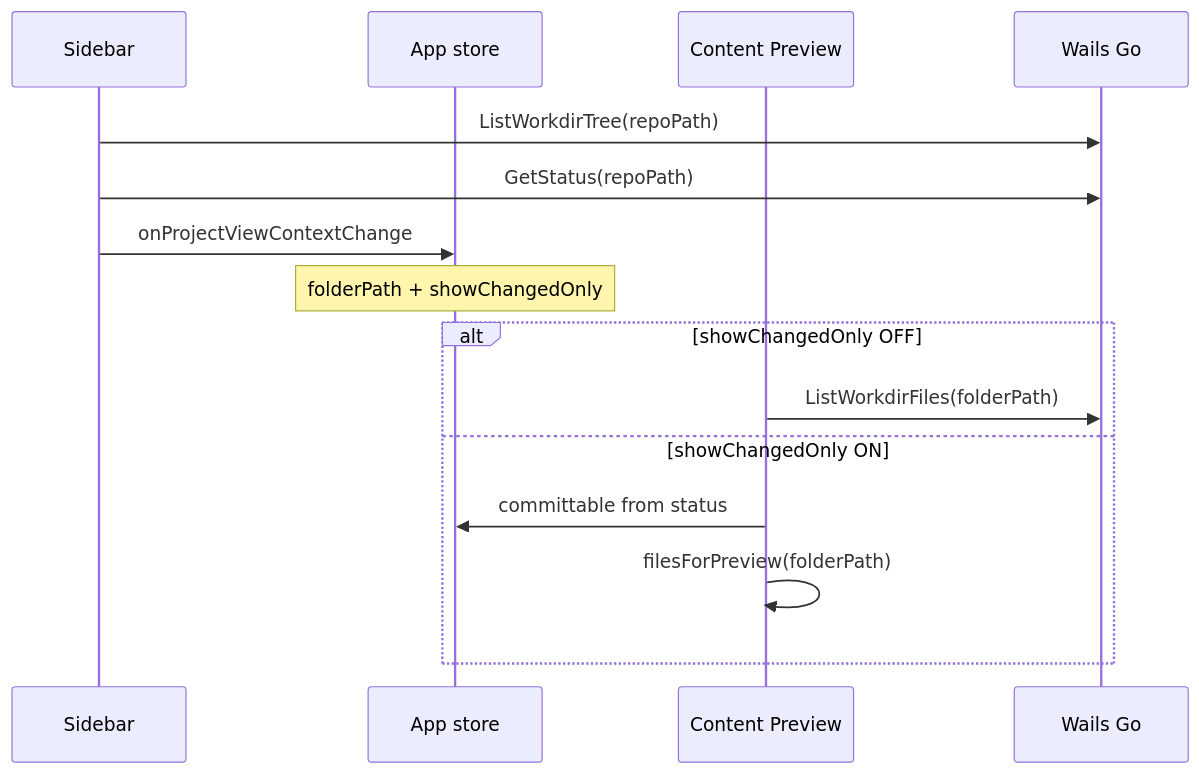
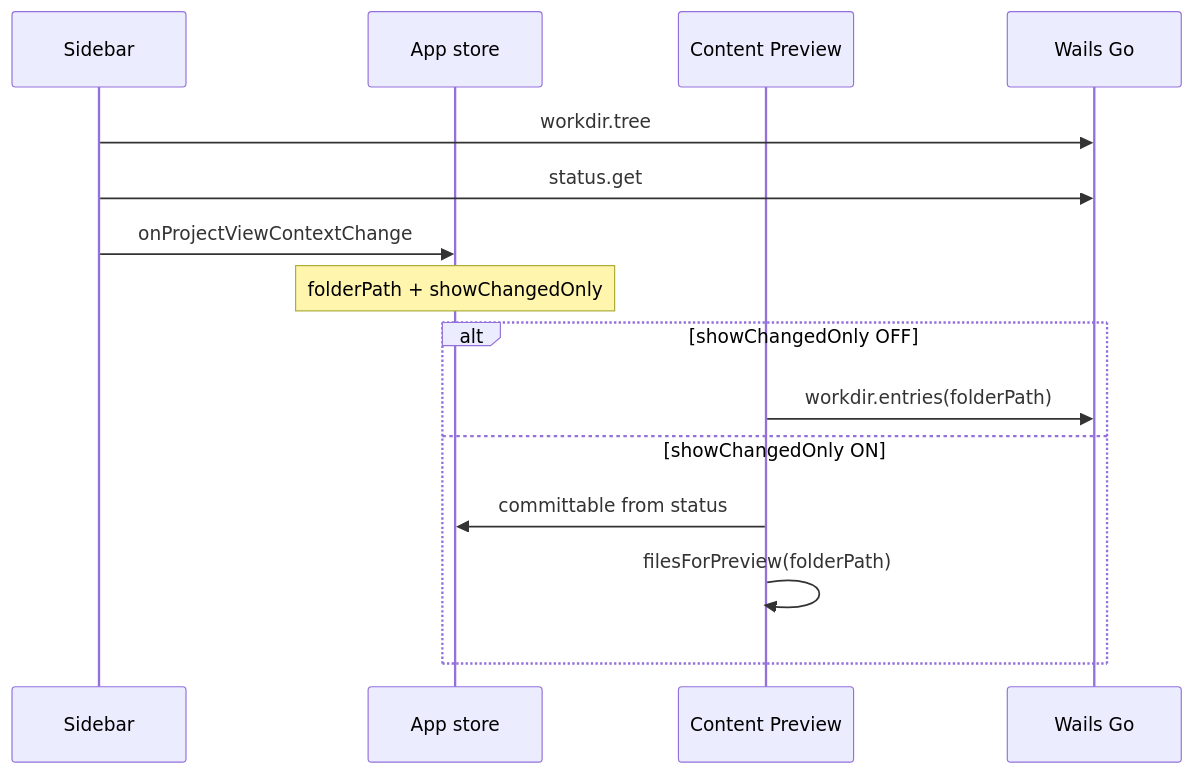
Before and after one commit to DSLitvinov/difference-machine: the diagram in .cursor/interface/sidebar-project-view.md, drawn with Mermaid. The commit also changed other lines of this file and 25 other files, not shown here.

````diff
--- a/.cursor/interface/sidebar-project-view.md
+++ b/.cursor/interface/sidebar-project-view.md
@@ -237,20 +237,20 @@
 ```mermaid
 sequenceDiagram
   participant SB as Sidebar
   participant App as App store
   participant PV as Content Preview
   participant W as Wails Go
 
-  SB->>W: ListWorkdirTree(repoPath)
-  SB->>W: GetStatus(repoPath)
+  SB->>W: workdir.tree
+  SB->>W: status.get
 
   SB->>App: onProjectViewContextChange
   Note over App: folderPath + showChangedOnly
 
   alt showChangedOnly OFF
-    PV->>W: ListWorkdirFiles(folderPath)
+    PV->>W: workdir.entries(folderPath)
   else showChangedOnly ON
     PV->>App: committable from status
     PV->>PV: filesForPreview(folderPath)
   end
 ```
````
